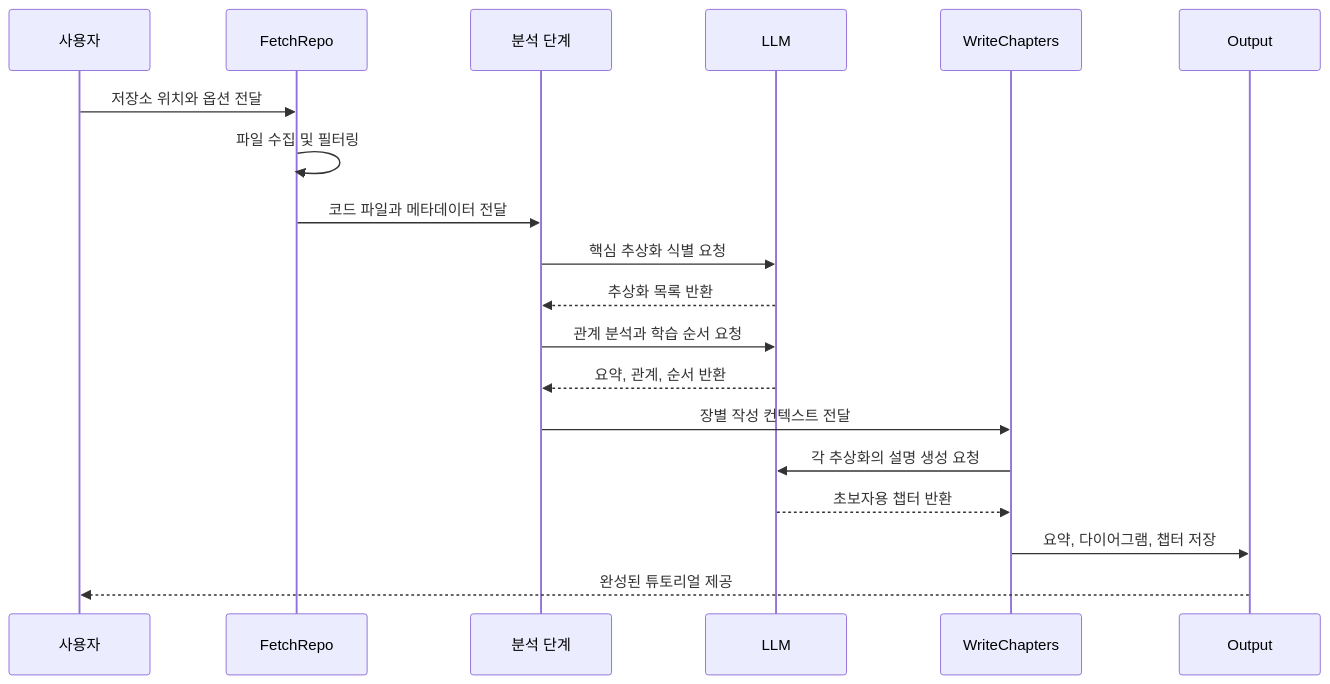
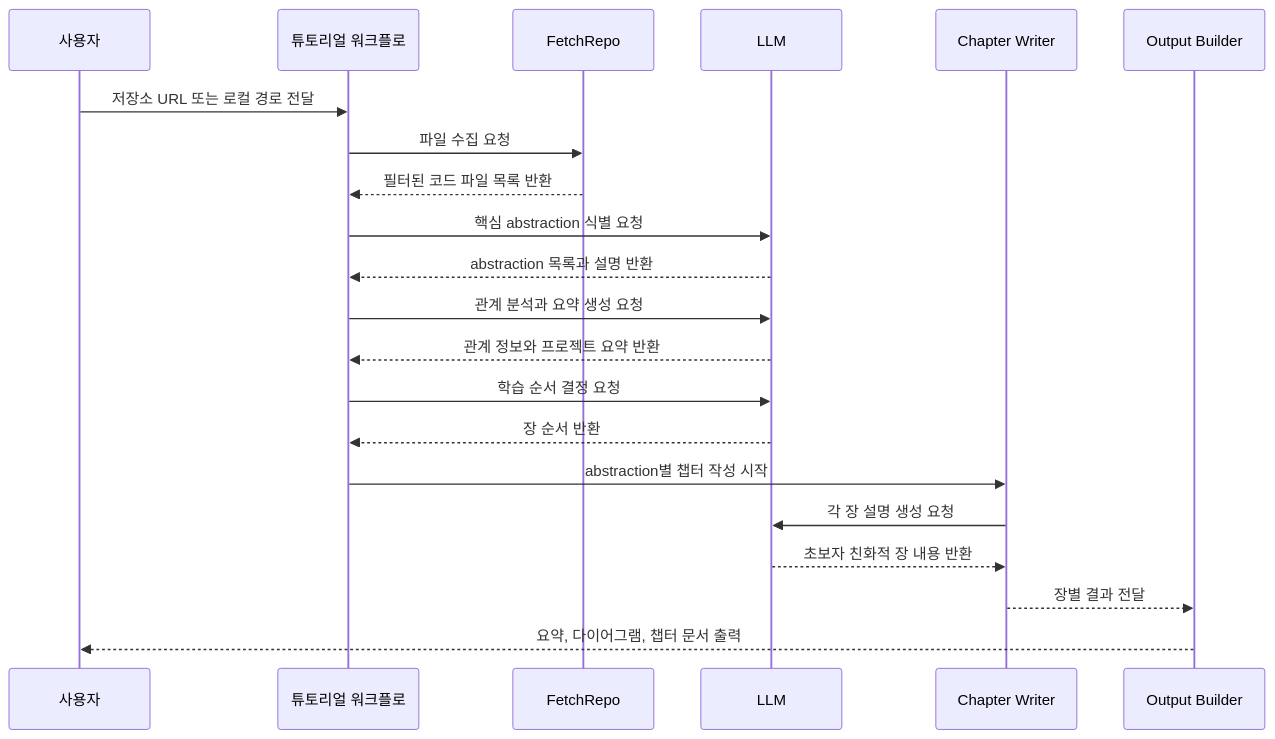
Before and after one commit to seihwanMoon/skillrnd: the second of 2 diagrams in docs/githubstudy/generated/the-pocket-pocketflow-tutorial-codebase-knowledge/index.md, drawn with Mermaid. The commit also changed other lines of this file and 6 other files, not shown here.

````diff
--- a/docs/githubstudy/generated/the-pocket-pocketflow-tutorial-codebase-knowledge/index.md
+++ b/docs/githubstudy/generated/the-pocket-pocketflow-tutorial-codebase-knowledge/index.md
@@ -83,22 +84,24 @@
 ```mermaid
 sequenceDiagram
     participant U as 사용자
-    participant F as FetchRepo
-    participant A as 분석 단계
+    participant W as 튜토리얼 워크플로
+    participant C as FetchRepo
     participant L as LLM
-    participant W as WriteChapters
-    participant O as Output
+    participant B as Chapter Writer
+    participant O as Output Builder
 
-    U->>F: 저장소 위치와 옵션 전달
-    F->>F: 파일 수집 및 필터링
-    F->>A: 코드 파일과 메타데이터 전달
-    A->>L: 핵심 추상화 식별 요청
-    L-->>A: 추상화 목록 반환
-    A->>L: 관계 분석과 학습 순서 요청
-    L-->>A: 요약, 관계, 순서 반환
-    A->>W: 장별 작성 컨텍스트 전달
-    W->>L: 각 추상화의 설명 생성 요청
-    L-->>W: 초보자용 챕터 반환
-    W->>O: 요약, 다이어그램, 챕터 저장
-    O-->>U: 완성된 튜토리얼 제공
+    U->>W: 저장소 URL 또는 로컬 경로 전달
+    W->>C: 파일 수집 요청
+    C-->>W: 필터된 코드 파일 목록 반환
+    W->>L: 핵심 abstraction 식별 요청
+    L-->>W: abstraction 목록과 설명 반환
+    W->>L: 관계 분석과 요약 생성 요청
+    L-->>W: 관계 정보와 프로젝트 요약 반환
+    W->>L: 학습 순서 결정 요청
+    L-->>W: 장 순서 반환
+    W->>B: abstraction별 챕터 작성 시작
+    B->>L: 각 장 설명 생성 요청
+    L-->>B: 초보자 친화적 장 내용 반환
+    B-->>O: 장별 결과 전달
+    O-->>U: 요약, 다이어그램, 챕터 문서 출력
 ```
````
